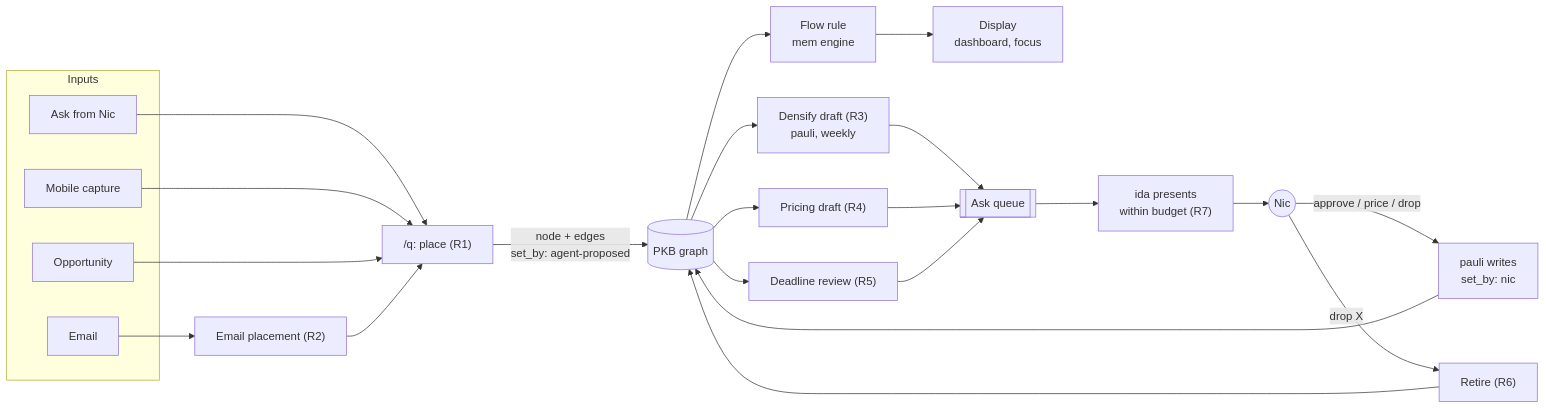
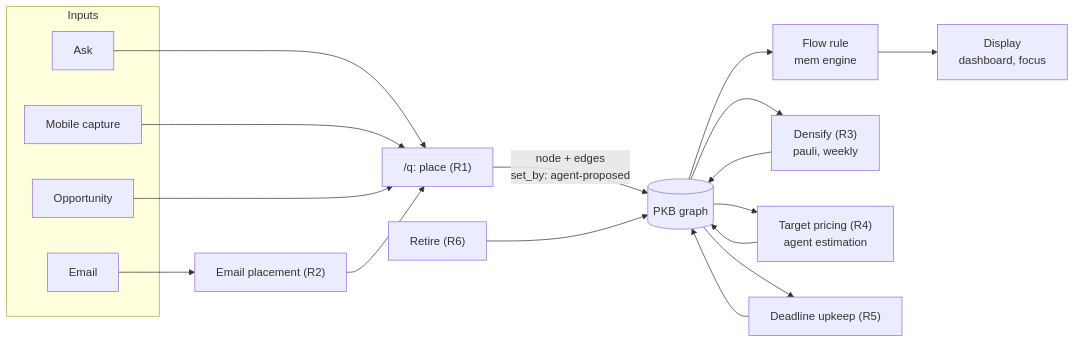
Before and after one commit to nicsuzor/academicOps: the diagram in specs/workflows/graph-valuation.md, drawn with Mermaid. The commit also changed other lines of this file and 20 other files, not shown here.

First line of the commit message:
Align workflow templates with review rules and agent target pricing

````diff
--- a/specs/workflows/graph-valuation.md
+++ b/specs/workflows/graph-valuation.md
@@ -109,19 +108,17 @@
 ```mermaid
 flowchart LR
   subgraph In[Inputs]
-    A[Ask from Nic]
+    A[Ask]
     E[Email]
     C[Mobile capture]
     O[Opportunity]
   end
   A & C & O --> Q["/q: place (R1)"]
   E --> T["Email placement (R2)"] --> Q
   Q -->|node + edges<br/>set_by: agent-proposed| G[(PKB graph)]
   G --> F[Flow rule<br/>mem engine] --> D[Display<br/>dashboard, focus]
-  G --> P["Densify draft (R3)<br/>pauli, weekly"] --> AQ[[Ask queue]]
-  G --> PR["Pricing draft (R4)"] --> AQ
-  G --> DL["Deadline review (R5)"] --> AQ
-  AQ --> I["ida presents<br/>within budget (R7)"] --> N((Nic))
-  N -->|approve / price / drop| W["pauli writes<br/>set_by: nic"] --> G
-  N -->|"drop X"| R["Retire (R6)"] --> G
+  G --> P["Densify (R3)<br/>pauli, weekly"] --> G
+  G --> PR["Target pricing (R4)<br/>agent estimation"] --> G
+  G --> DL["Deadline upkeep (R5)"] --> G
+  R["Retire (R6)"] --> G
 ```
````
